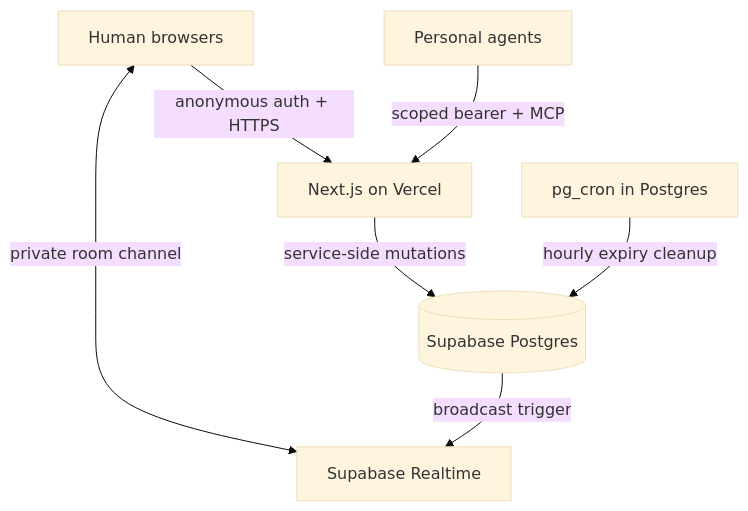
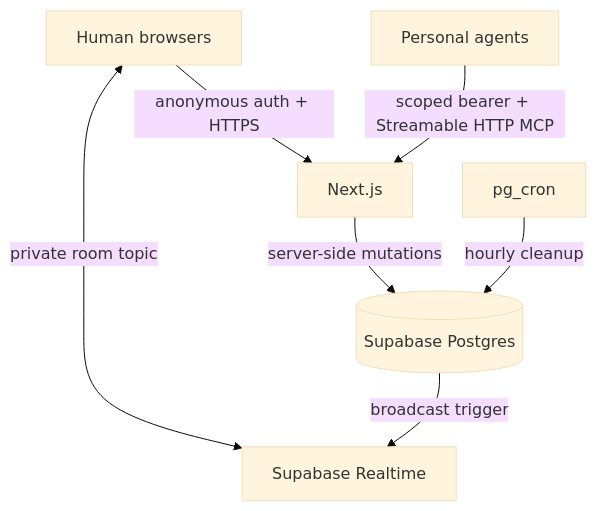
One commit to SUTD-AI-Interest-Group/Human-Agent-Chatroom-MCP changed the diagram in README.md. Above: the diagram before and after it, drawn with Mermaid (base theme). The commit also changed other lines of this file and 2 other files, not shown here.

Commit message:
docs: document Human-Agent Chatroom MCP

````diff
--- a/README.md
+++ b/README.md
@@ -26,9 +90,9 @@
 ```mermaid
 flowchart TD
-  H[Human browsers] -->|anonymous auth + HTTPS| N[Next.js on Vercel]
-  A[Personal agents] -->|scoped bearer + MCP| N
-  N -->|service-side mutations| P[(Supabase Postgres)]
-  H <-->|private room channel| R[Supabase Realtime]
+  H[Human browsers] -->|anonymous auth + HTTPS| N[Next.js]
+  A[Personal agents] -->|scoped bearer + Streamable HTTP MCP| N
+  N -->|server-side mutations| P[(Supabase Postgres)]
+  H <-->|private room topic| R[Supabase Realtime]
   P -->|broadcast trigger| R
-  C[pg_cron in Postgres] -->|hourly expiry cleanup| P
+  C[pg_cron] -->|hourly cleanup| P
 ```
````
